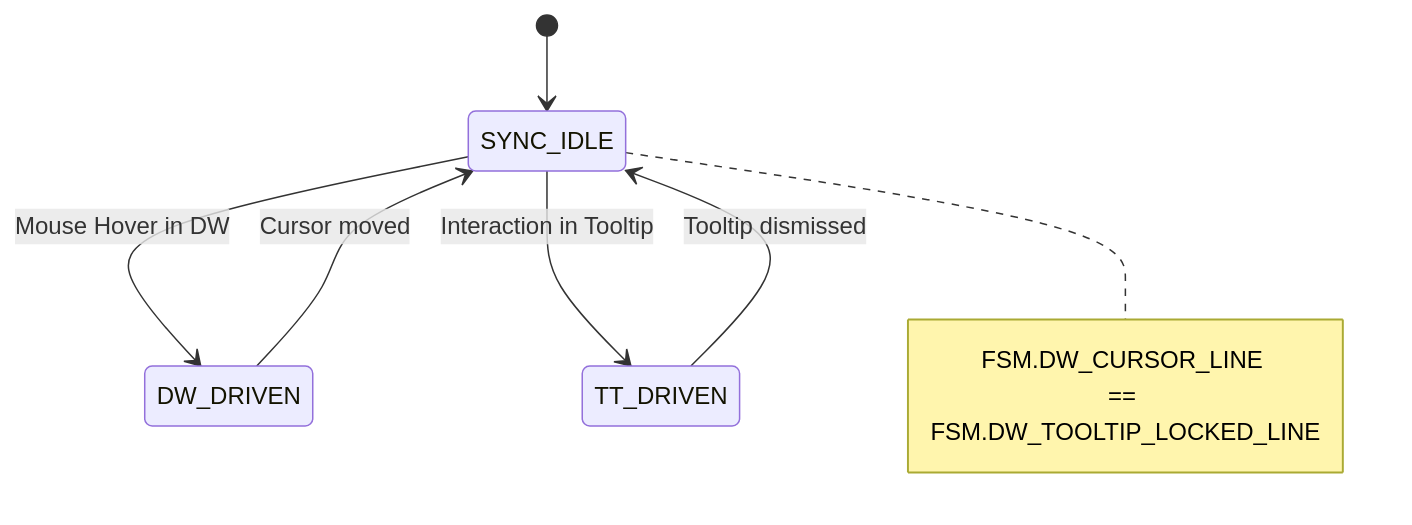
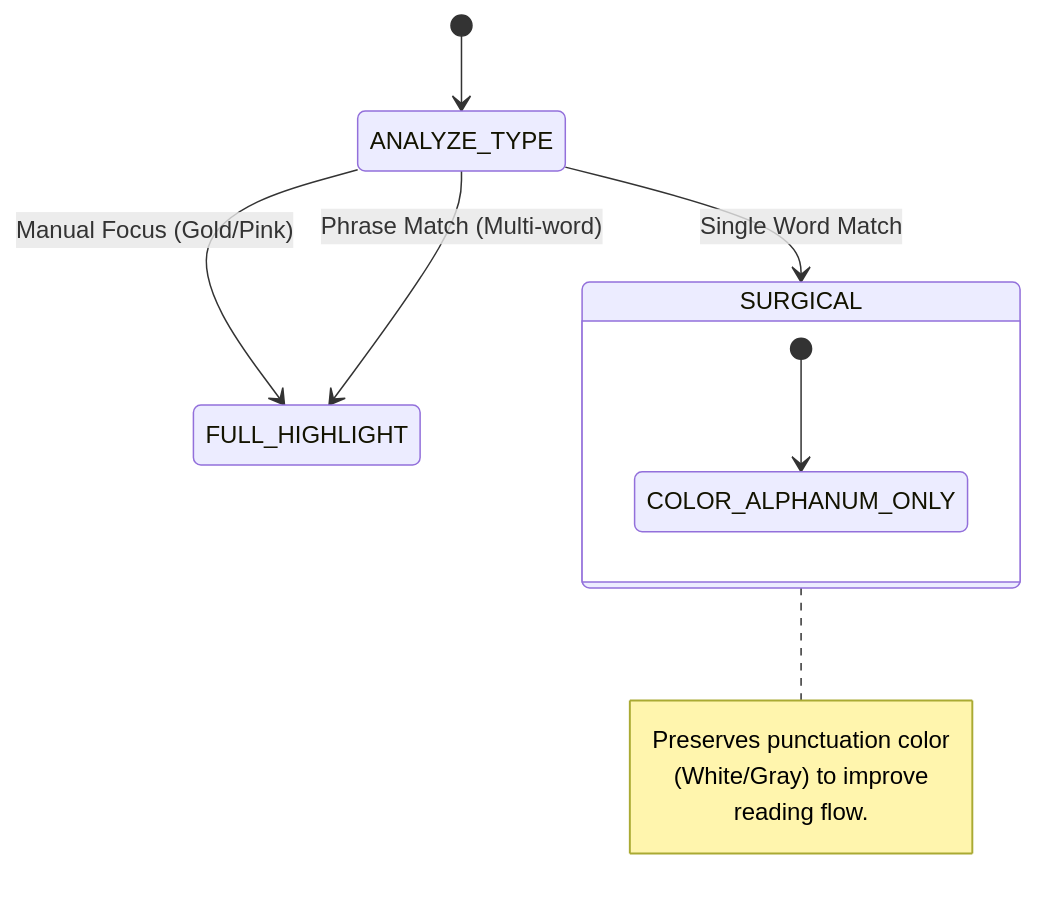
Before and after one commit to voothi/20260308110646-kardenwort-mpv: diagram 16 of 16 in openspec/specs/fsm-architecture/state-diagram.md, drawn with Mermaid. The commit also changed other lines of this file and 1 other file, not shown here.

````diff
--- a/openspec/specs/fsm-architecture/state-diagram.md
+++ b/openspec/specs/fsm-architecture/state-diagram.md
@@ -396,16 +430,18 @@
 ```mermaid
 stateDiagram-v2
-    [*] --> SYNC_IDLE
+    [*] --> ANALYZE_TYPE
     
-    SYNC_IDLE --> DW_DRIVEN : Mouse Hover in DW
-    DW_DRIVEN --> SYNC_IDLE : Cursor moved
+    ANALYZE_TYPE --> FULL_HIGHLIGHT : Manual Focus (Gold/Pink)
+    ANALYZE_TYPE --> FULL_HIGHLIGHT : Phrase Match (Multi-word)
+    ANALYZE_TYPE --> SURGICAL : Single Word Match
     
-    SYNC_IDLE --> TT_DRIVEN : Interaction in Tooltip
-    TT_DRIVEN --> SYNC_IDLE : Tooltip dismissed
+    state SURGICAL {
+        [*] --> COLOR_ALPHANUM_ONLY
+    }
     
-    note right of SYNC_IDLE
-        FSM.DW_CURSOR_LINE 
-        == 
-        FSM.DW_TOOLTIP_LOCKED_LINE
+    note right of SURGICAL
+        Preserves punctuation color 
+        (White/Gray) to improve 
+        reading flow.
     end note
 ```
````
